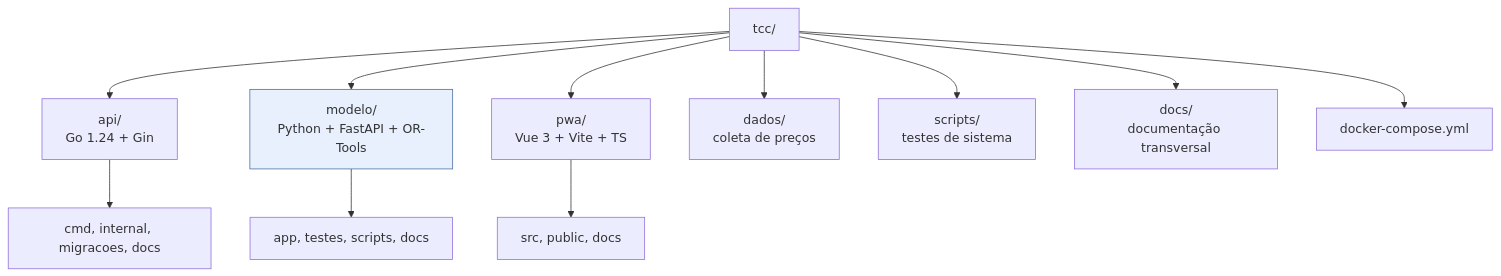
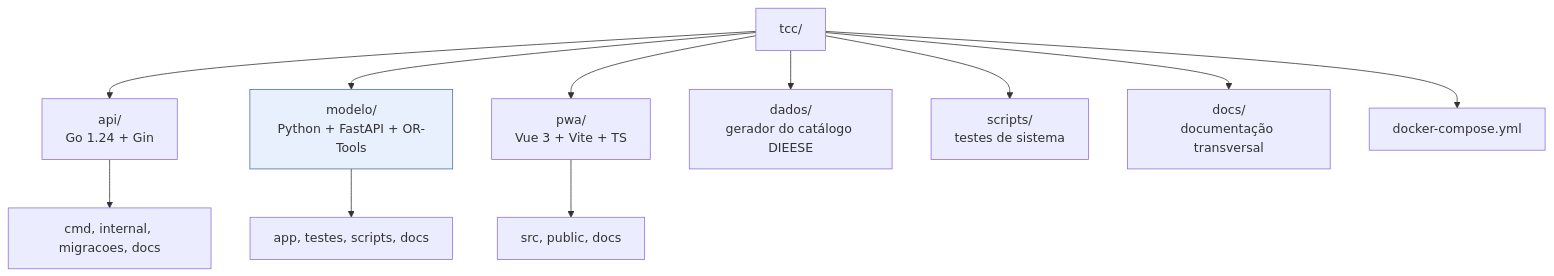
The diagram in docs/README.md (chroanz/sad-tcc), drawn with Mermaid before and after one commit. The commit also changed other lines of this file and 48 other files, not shown here.

````diff
--- a/docs/README.md
+++ b/docs/README.md
@@ -50,16 +50,16 @@
 ```mermaid
 flowchart TD
     R["tcc/"] --> A["api/<br/>Go 1.24 + Gin"]
     R --> M["modelo/<br/>Python + FastAPI + OR-Tools"]
     R --> P["pwa/<br/>Vue 3 + Vite + TS"]
-    R --> D["dados/<br/>coleta de preços"]
+    R --> D["dados/<br/>gerador do catálogo DIEESE"]
     R --> S["scripts/<br/>testes de sistema"]
     R --> DOC["docs/<br/>documentação transversal"]
     R --> C["docker-compose.yml"]
 
     A --> A1["cmd, internal, migracoes, docs"]
     M --> M1["app, testes, scripts, docs"]
     P --> P1["src, public, docs"]
 
     style M fill:#e8f0fe,stroke:#4a6fa5
 ```
````
